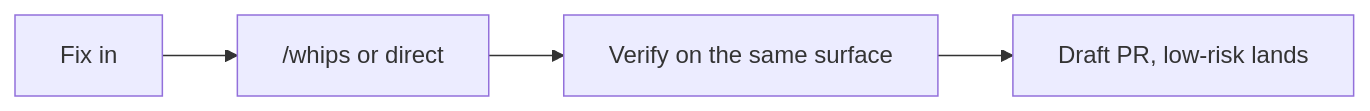
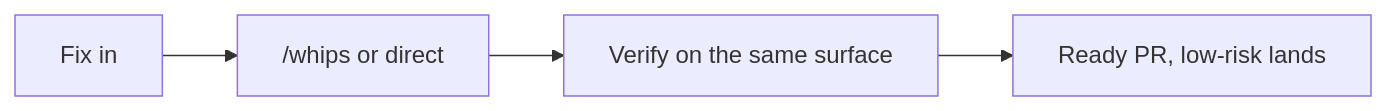
Before and after one commit to TudeOrangBiasa/skills-for-agents: the second of 10 diagrams in skills/user-invoked/guide/COOKBOOK.md, drawn with Mermaid. The commit also changed other lines of this file and 17 other files, not shown here.

First line of the commit message:
feat(whips): open every PR ready, verdict gates the merge

````diff
--- a/skills/user-invoked/guide/COOKBOOK.md
+++ b/skills/user-invoked/guide/COOKBOOK.md
@@ -33,4 +33,4 @@
 ```mermaid
 flowchart LR
-    T["Fix in"] --> W["/whips or direct"] --> V["Verify on the same surface"] --> P["Draft PR, low-risk lands"]
+    T["Fix in"] --> W["/whips or direct"] --> V["Verify on the same surface"] --> P["Ready PR, low-risk lands"]
 ```
````
